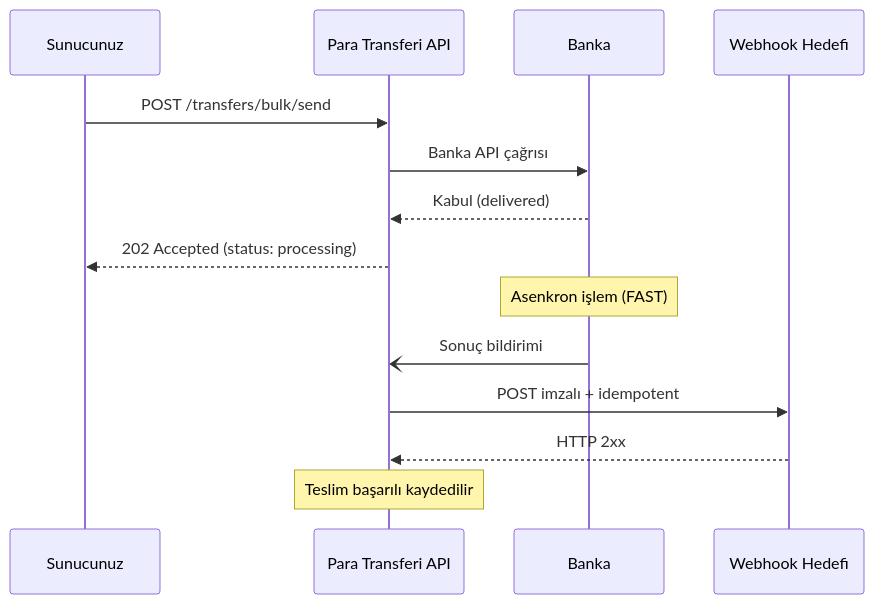
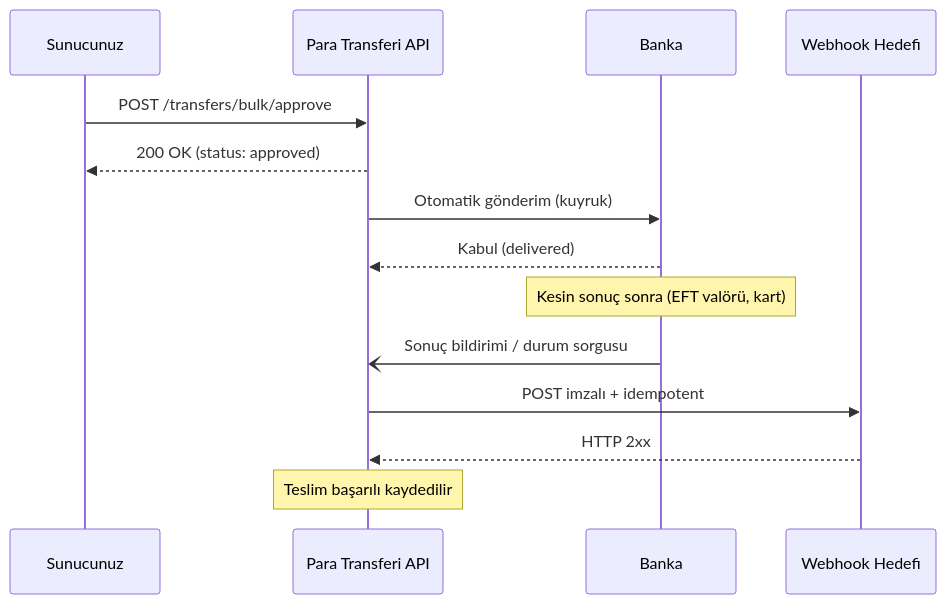
Before and after one commit to payment-pos/mintlify: the diagram in para-transferi/webhooks/overview.mdx, drawn with Mermaid. The commit also changed other lines of this file and 13 other files, not shown here.

````diff
--- a/para-transferi/webhooks/overview.mdx
+++ b/para-transferi/webhooks/overview.mdx
@@ -10,17 +10,17 @@
 ```mermaid
 sequenceDiagram
     participant App as Sunucunuz
     participant API as Para Transferi API
     participant Bank as Banka
     participant Webhook as Webhook Hedefi
 
-    App->>API: POST /transfers/bulk/send
-    API->>Bank: Banka API çağrısı
+    App->>API: POST /transfers/bulk/approve
+    API-->>App: 200 OK (status: approved)
+    API->>Bank: Otomatik gönderim (kuyruk)
     Bank-->>API: Kabul (delivered)
-    API-->>App: 202 Accepted (status: processing)
-    Note over Bank: Asenkron işlem (FAST)
-    Bank-)API: Sonuç bildirimi
+    Note over Bank: Kesin sonuç sonra (EFT valörü, kart)
+    Bank-)API: Sonuç bildirimi / durum sorgusu
     API->>Webhook: POST imzalı + idempotent
     Webhook-->>API: HTTP 2xx
     Note over API: Teslim başarılı kaydedilir
 ```
````
